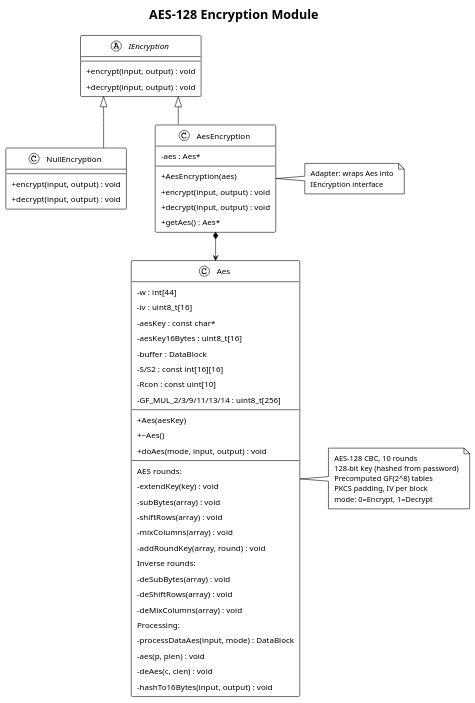
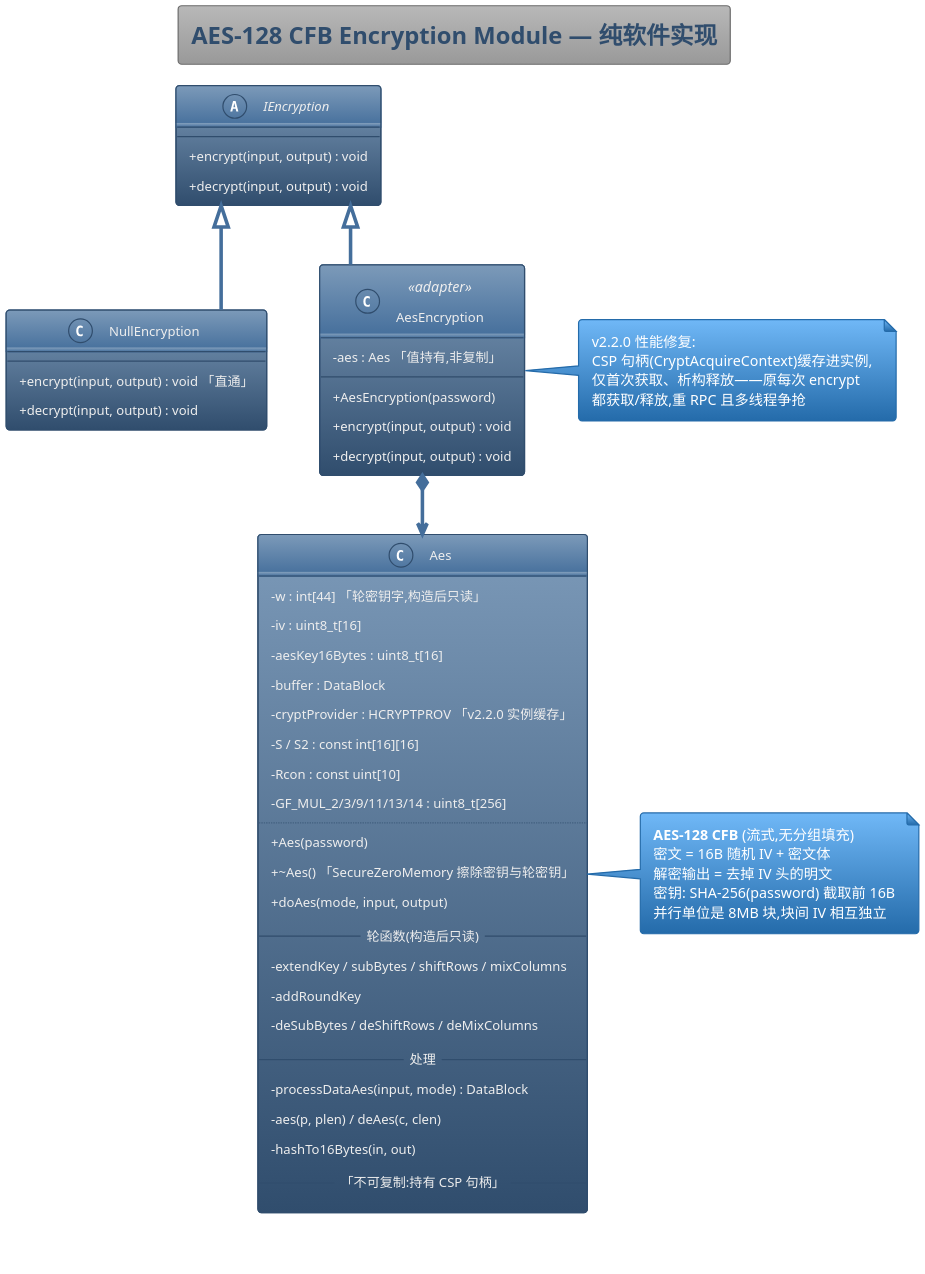
Before and after one commit to KAIDO-YONAGI/Noobs-Compressor: the diagram in DevFiles/FlowCharts/Docs/uml_4_aes.puml, drawn with PlantUML. The commit also changed 12 other files, not shown here.

Commit message:
UML 六图重绘至 v2.2.0 现状：双流水线总览/删尽死代码类/补 CatalogFinalizer 与消息协议/AES 改 CFB 事实注；统一主题美化与版本水印；SVG 文本层校验通过

```diff
--- a/DevFiles/FlowCharts/Docs/uml_4_aes.puml
+++ b/DevFiles/FlowCharts/Docs/uml_4_aes.puml
@@ -1,80 +1,76 @@
 @startuml AES_Module
-
-!theme plain
+scale 2
+!theme spacelab
 skinparam classAttributeIconSize 0
 skinparam linetype ortho
-skinparam nodesep 50
+skinparam defaultFontName "Microsoft YaHei"
+skinparam shadowing false
+skinparam roundCorner 6
+skinparam nodesep 45
 skinparam ranksep 50
-skinparam padding 4
-skinparam packagePadding 4
+caption v2.2.0 · 2026-09-07
 
-title AES-128 Encryption Module
+title AES-128 CFB Encryption Module — 纯软件实现
 
 abstract class IEncryption {
     + encrypt(input, output) : void
     + decrypt(input, output) : void
 }
 
 together {
-    class AesEncryption {
-        - aes : Aes*
-        + AesEncryption(aes)
+    class AesEncryption <<adapter>> {
+        - aes : Aes 「值持有,非复制」
+        + AesEncryption(password)
         + encrypt(input, output) : void
         + decrypt(input, output) : void
-        + getAes() : Aes*
     }
     class NullEncryption {
-        + encrypt(input, output) : void
+        + encrypt(input, output) : void 「直通」
         + decrypt(input, output) : void
     }
 }
 
 class Aes {
-    - w : int[44]
+    - w : int[44] 「轮密钥字,构造后只读」
     - iv : uint8_t[16]
-    - aesKey : const char*
     - aesKey16Bytes : uint8_t[16]
     - buffer : DataBlock
-    - S/S2 : const int[16][16]
+    - cryptProvider : HCRYPTPROV 「v2.2.0 实例缓存」
+    - S / S2 : const int[16][16]
     - Rcon : const uint[10]
     - GF_MUL_2/3/9/11/13/14 : uint8_t[256]
-    --
-    + Aes(aesKey)
-    + ~Aes()
-    + doAes(mode, input, output) : void
-    --
-    AES rounds:
-    - extendKey(key) : void
-    - subBytes(array) : void
-    - shiftRows(array) : void
-    - mixColumns(array) : void
-    - addRoundKey(array, round) : void
-    Inverse rounds:
-    - deSubBytes(array) : void
-    - deShiftRows(array) : void
-    - deMixColumns(array) : void
-    Processing:
+    ..
+    + Aes(password)
+    + ~Aes() 「SecureZeroMemory 擦除密钥与轮密钥」
+    + doAes(mode, input, output)
+    __ 轮函数(构造后只读) __
+    - extendKey / subBytes / shiftRows / mixColumns
+    - addRoundKey
+    - deSubBytes / deShiftRows / deMixColumns
+    __ 处理 __
     - processDataAes(input, mode) : DataBlock
-    - aes(p, plen) : void
-    - deAes(c, clen) : void
-    - hashTo16Bytes(input, output) : void
+    - aes(p, plen) / deAes(c, clen)
+    - hashTo16Bytes(in, out)
+    __ 「不可复制:持有 CSP 句柄」 __
 }
 
 IEncryption <|-- AesEncryption
 IEncryption <|-- NullEncryption
 AesEncryption *--> Aes
 
 note right of Aes
-  AES-128 CBC, 10 rounds
-  128-bit key (hashed from password)
-  Precomputed GF(2^8) tables
-  PKCS padding, IV per block
-  mode: 0=Encrypt, 1=Decrypt
+  **AES-128 CFB** (流式,无分组填充)
+  密文 = 16B 随机 IV + 密文体
+  解密输出 = 去掉 IV 头的明文
+  密钥: SHA-256(password) 截取前 16B
+  并行单位是 8MB 块,块间 IV 相互独立
 end note
 
 note left of AesEncryption
-  Adapter: wraps Aes into
-  IEncryption interface
+  v2.2.0 性能修复:
+  CSP 句柄(CryptAcquireContext)缓存进实例,
+  仅首次获取、析构释放——原每次 encrypt
+  都获取/释放,重 RPC 且多线程争抢
 end note
 
 @enduml
```
